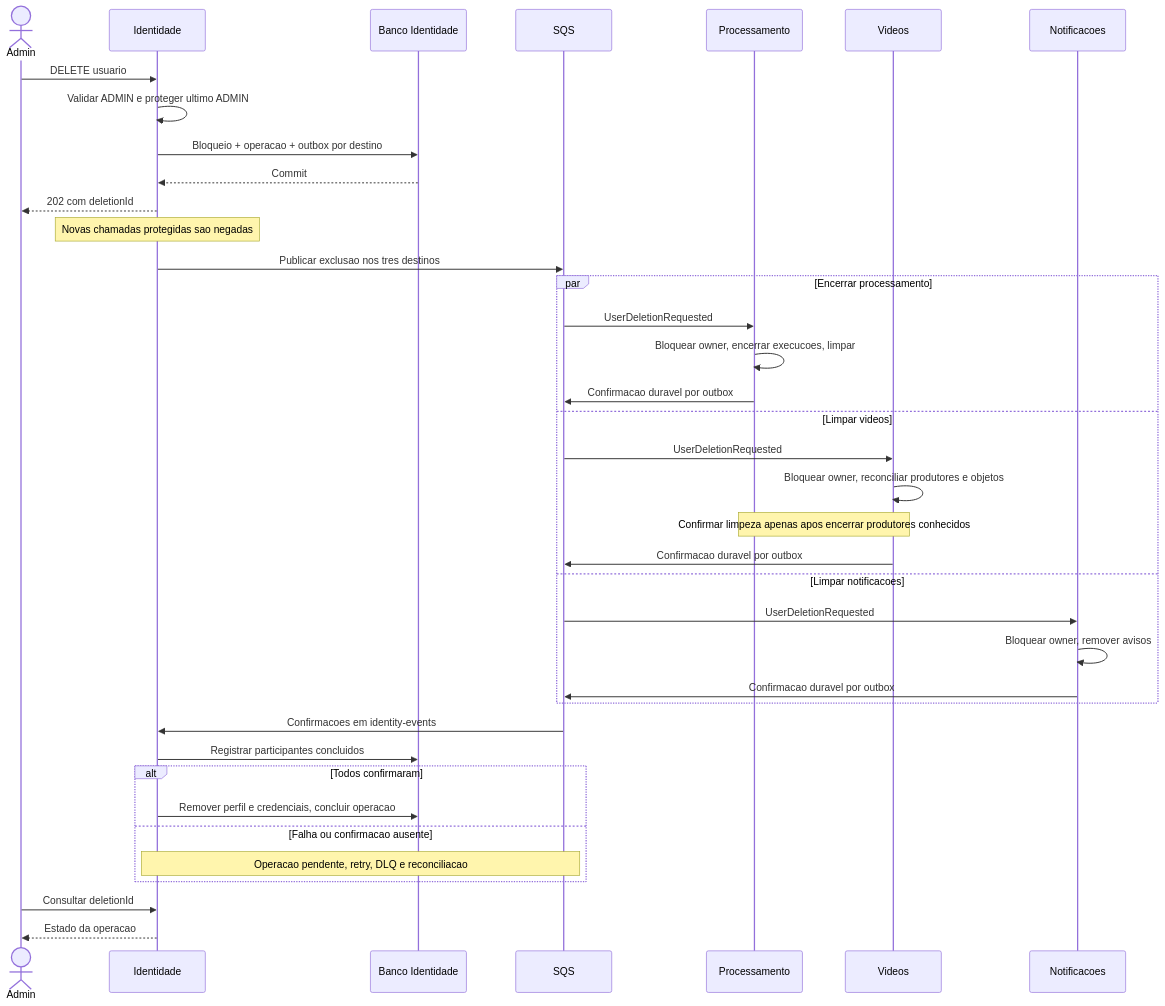
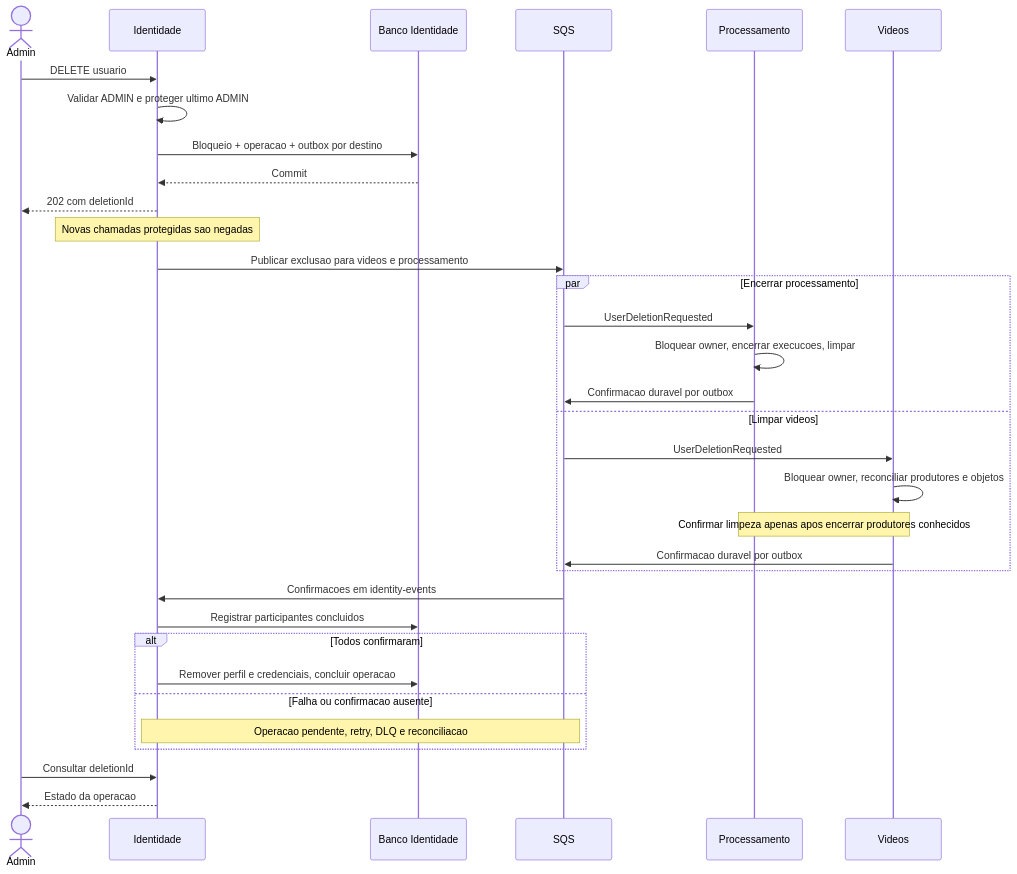
The seventh of 7 diagrams in docs/architecture/diagrams.md (afarms/fiapx-infra), drawn with Mermaid before and after one commit. The commit also changed other lines of this file and 10 other files, not shown here.

````diff
--- a/docs/architecture/diagrams.md
+++ b/docs/architecture/diagrams.md
@@ -261,40 +263,35 @@
 ```mermaid
 sequenceDiagram
     actor A as Admin
     participant I as Identidade
     participant DI as Banco Identidade
     participant Q as SQS
     participant P as Processamento
     participant V as Videos
-    participant N as Notificacoes
     A->>I: DELETE usuario
     I->>I: Validar ADMIN e proteger ultimo ADMIN
     I->>DI: Bloqueio + operacao + outbox por destino
     DI-->>I: Commit
     I-->>A: 202 com deletionId
     Note over I: Novas chamadas protegidas sao negadas
-    I->>Q: Publicar exclusao nos tres destinos
+    I->>Q: Publicar exclusao para videos e processamento
     par Encerrar processamento
         Q->>P: UserDeletionRequested
         P->>P: Bloquear owner, encerrar execucoes, limpar
         P->>Q: Confirmacao duravel por outbox
     and Limpar videos
         Q->>V: UserDeletionRequested
         V->>V: Bloquear owner, reconciliar produtores e objetos
         Note over V,P: Confirmar limpeza apenas apos encerrar produtores conhecidos
         V->>Q: Confirmacao duravel por outbox
-    and Limpar notificacoes
-        Q->>N: UserDeletionRequested
-        N->>N: Bloquear owner, remover avisos
-        N->>Q: Confirmacao duravel por outbox
     end
     Q->>I: Confirmacoes em identity-events
     I->>DI: Registrar participantes concluidos
     alt Todos confirmaram
         I->>DI: Remover perfil e credenciais, concluir operacao
     else Falha ou confirmacao ausente
         Note over I,Q: Operacao pendente, retry, DLQ e reconciliacao
     end
     A->>I: Consultar deletionId
     I-->>A: Estado da operacao
 ```
````
